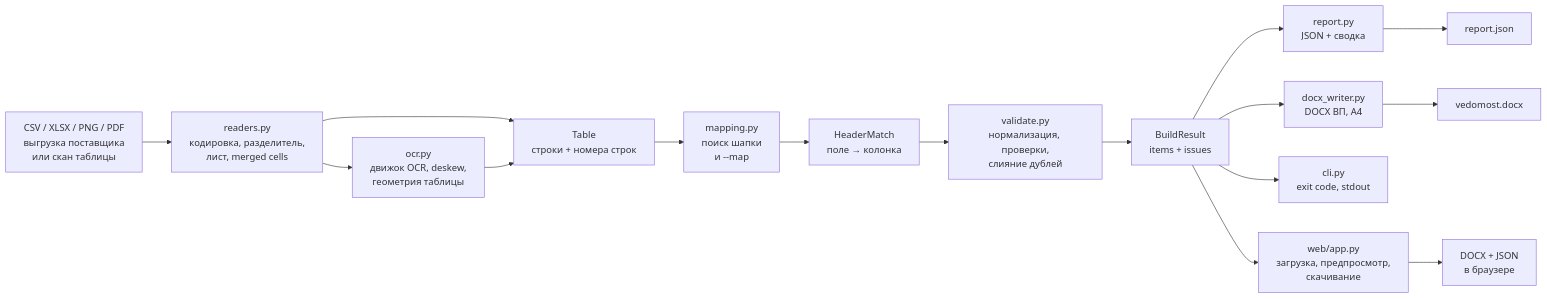
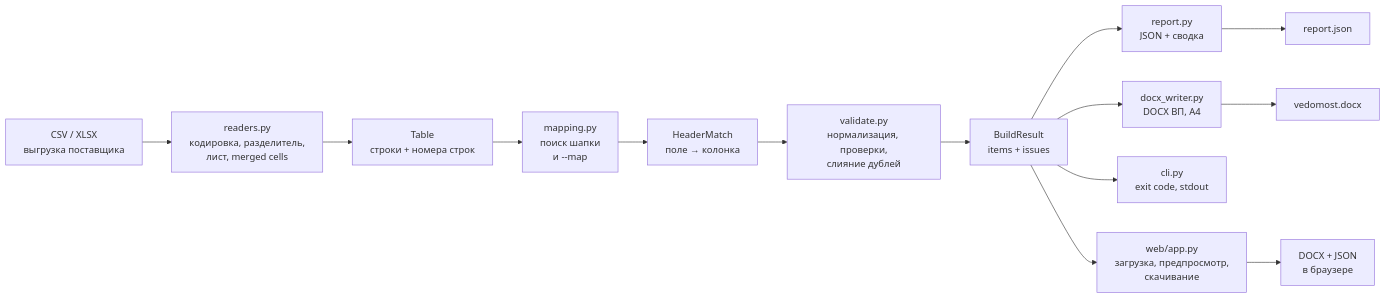
One commit to AlexMayDev/gost-docs-automation changed the first of 3 diagrams in docs/architecture.md. Above: the diagram before and after it, drawn with Mermaid. The commit also changed other lines of this file and 14 other files, not shown here.

First line of the commit message:
Revert "Add OCR input for scans, photos and PDF"

````diff
--- a/docs/architecture.md
+++ b/docs/architecture.md
@@ -11,18 +11,16 @@
 ```mermaid
 flowchart LR
-    IN["CSV / XLSX / PNG / PDF<br/>выгрузка поставщика<br/>или скан таблицы"] --> R["readers.py<br/>кодировка, разделитель,<br/>лист, merged cells"]
-    R --> O["ocr.py<br/>движок OCR, deskew,<br/>геометрия таблицы"]
-    R --> T
-    O --> T["Table<br/>строки + номера строк"]
+    IN["CSV / XLSX<br/>выгрузка поставщика"] --> R["readers.py<br/>кодировка, разделитель,<br/>лист, merged cells"]
+    R --> T["Table<br/>строки + номера строк"]
     T --> M["mapping.py<br/>поиск шапки<br/>и --map"]
     M --> H["HeaderMatch<br/>поле → колонка"]
     H --> V["validate.py<br/>нормализация, проверки,<br/>слияние дублей"]
     V --> B["BuildResult<br/>items + issues"]
     B --> S["report.py<br/>JSON + сводка"]
     B --> D["docx_writer.py<br/>DOCX ВП, A4"]
     B --> C["cli.py<br/>exit code, stdout"]
     B --> W["web/app.py<br/>загрузка, предпросмотр,<br/>скачивание"]
     S --> OUT1["report.json"]
     D --> OUT2["vedomost.docx"]
     W --> OUT3["DOCX + JSON<br/>в браузере"]
 ```
````
